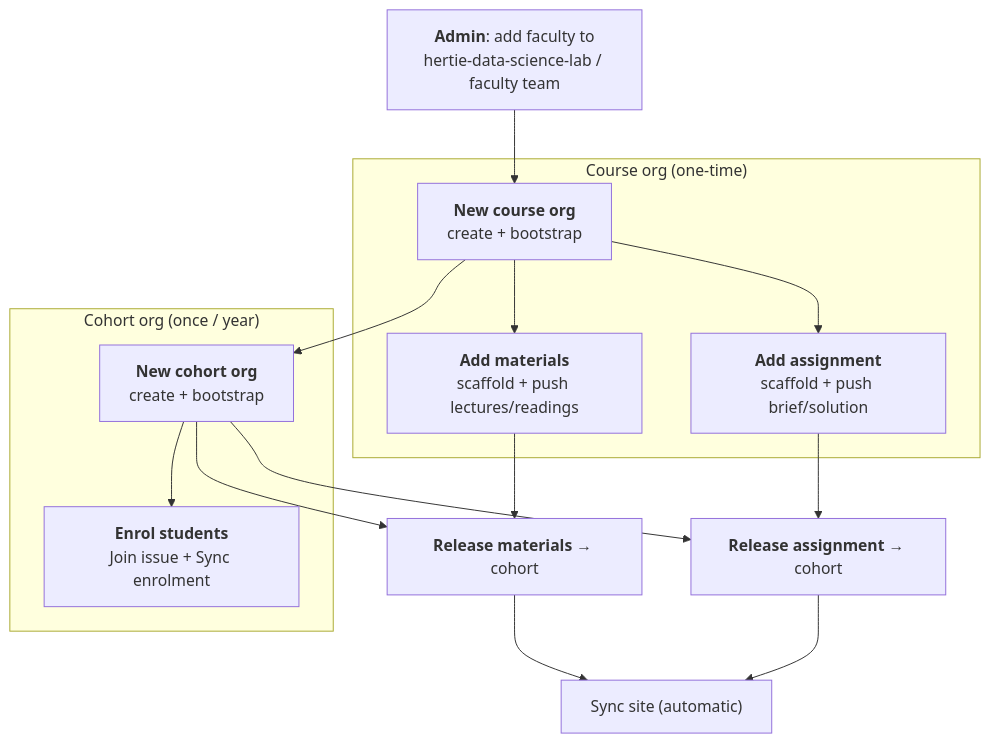
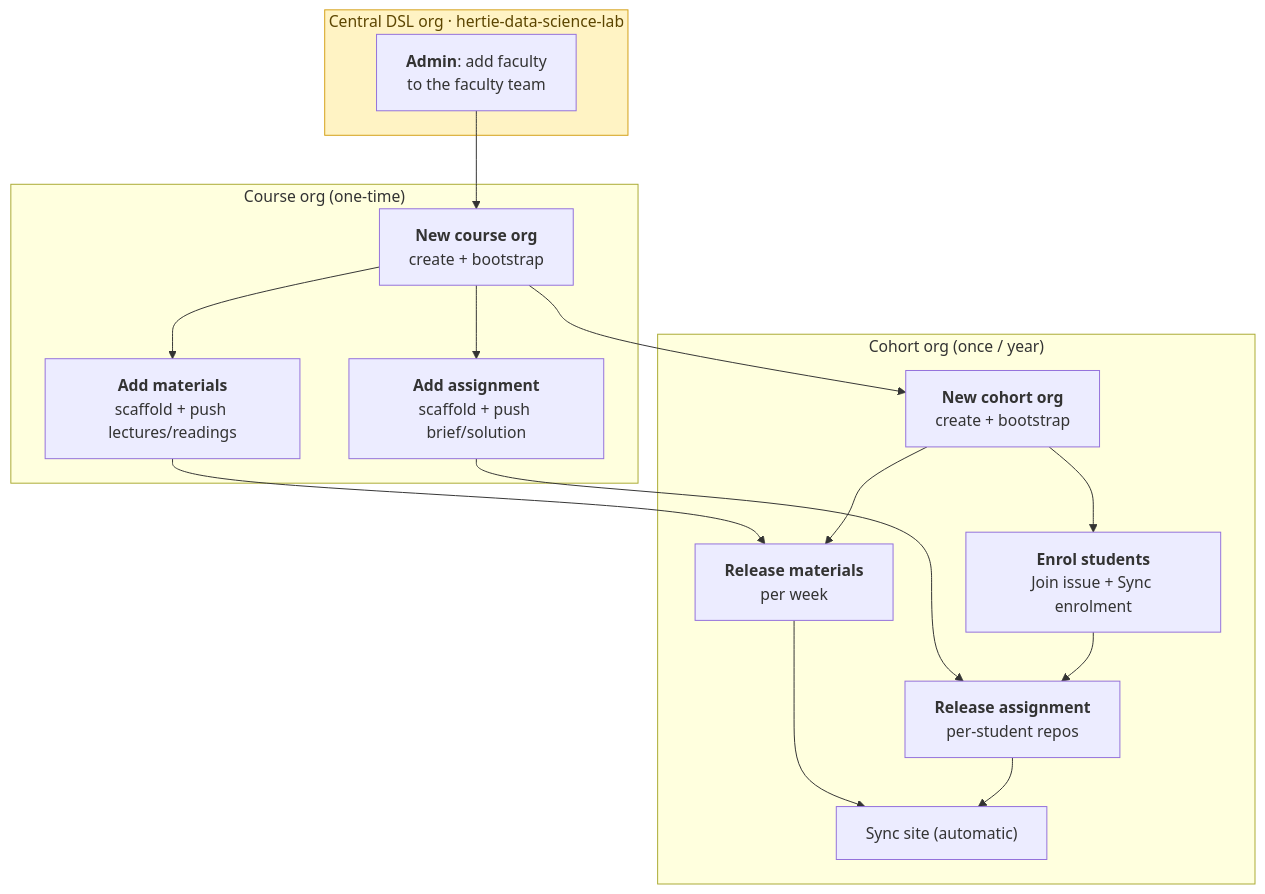
The diagram in docs/faculty/README.md (hertie-data-science-lab/dsl-teaching-course-setup), drawn with Mermaid before and after one commit. The commit also changed other lines of this file, not shown here.

Commit message:
docs(faculty): central-org box + release nodes in cohort; access below workflows

````diff
--- a/docs/faculty/README.md
+++ b/docs/faculty/README.md
@@ -26,26 +26,34 @@
 ```mermaid
 flowchart TD
-  A["<b>Admin</b>: add faculty to<br/>hertie-data-science-lab / faculty team"] --> B
+  subgraph CENTRAL["Central DSL org · hertie-data-science-lab"]
+    A["<b>Admin</b>: add faculty<br/>to the faculty team"]
+  end
 
   subgraph COURSE["Course org (one-time)"]
     B["<b>New course org</b><br/>create + bootstrap"]
     C["<b>Add materials</b><br/>scaffold + push lectures/readings"]
     D["<b>Add assignment</b><br/>scaffold + push brief/solution"]
     B --> C
     B --> D
   end
 
   subgraph COHORT["Cohort org (once / year)"]
     E["<b>New cohort org</b><br/>create + bootstrap"]
     F["<b>Enrol students</b><br/>Join issue + Sync enrolment"]
+    G["<b>Release materials</b><br/>per week"]
+    H["<b>Release assignment</b><br/>per-student repos"]
+    I["Sync site (automatic)"]
     E --> F
   end
 
+  A --> B
   B --> E
-  C --> G["<b>Release materials</b> → cohort"]
-  D --> H["<b>Release assignment</b> → cohort"]
+  C --> G
+  D --> H
   E --> G
-  E --> H
-  G --> I["Sync site (automatic)"]
+  F --> H
+  G --> I
   H --> I
+
+  style CENTRAL fill:#fff3c4,stroke:#d4a017,color:#5c4500
 ```
````
